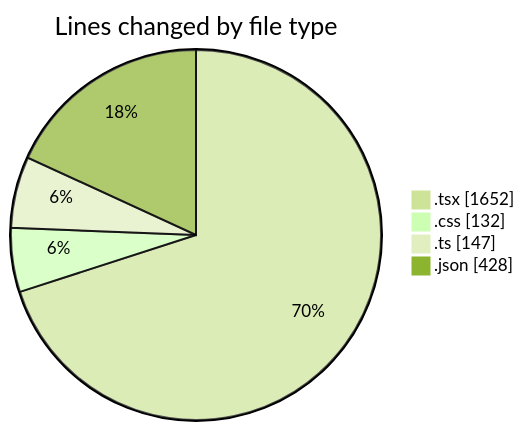
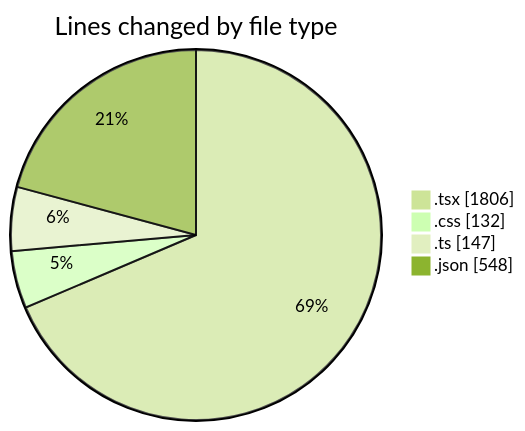
One commit to Elitesun/code-tracking changed the first of 2 diagrams in 2025-05-06/niten/README.md. Above: the diagram before and after it, drawn with Mermaid (forest theme). The commit also changed other lines of this file and 1 other file, not shown here.

````diff
--- a/2025-05-06/niten/README.md
+++ b/2025-05-06/niten/README.md
@@ -48,8 +50,8 @@
 ```mermaid
 pie showData
 title Lines changed by file type
-".tsx" : 1652
+".tsx" : 1806
 ".css" : 132
 ".ts" : 147
-".json" : 428
+".json" : 548
 ```
````
